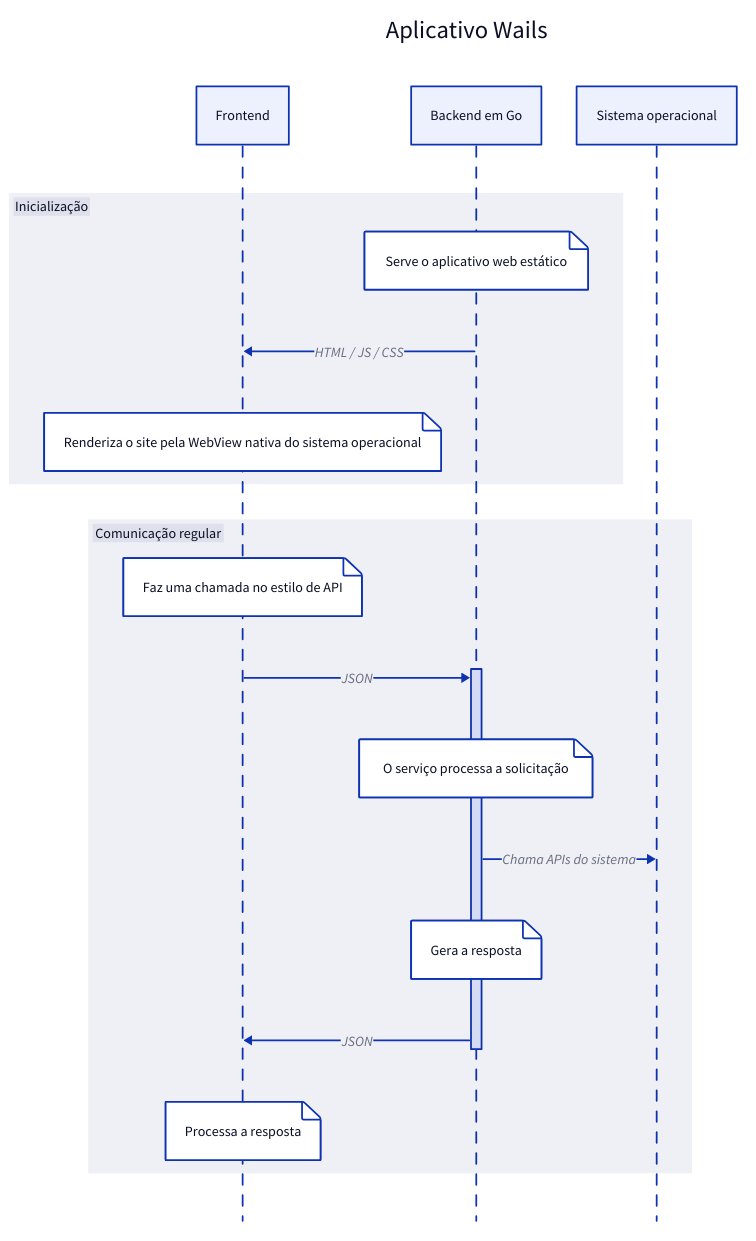
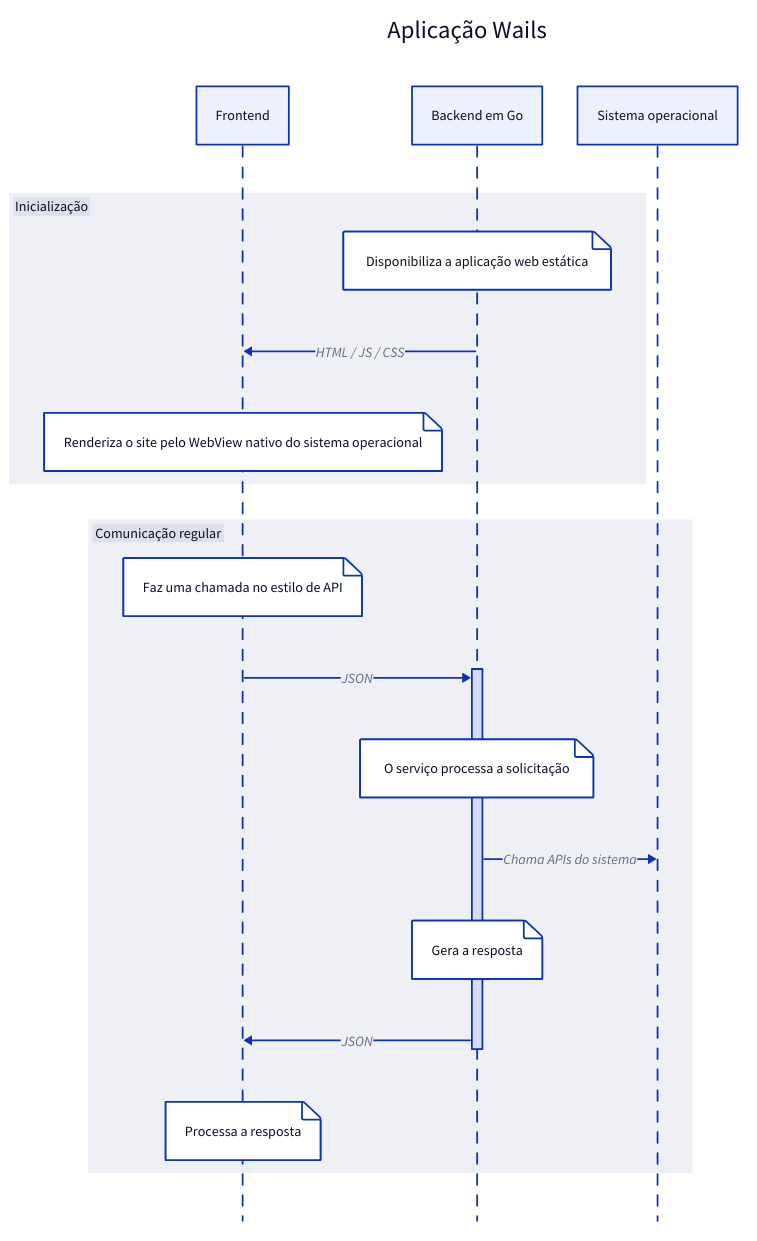
The first of 8 diagrams in docs/mpress/content/pt/concepts/architecture.md (wailsapp/wails), drawn with D2 before and after one commit. The commit also changed other lines of this file and 1096 other files, not shown here.

````diff
--- a/docs/mpress/content/pt/concepts/architecture.md
+++ b/docs/mpress/content/pt/concepts/architecture.md
@@ -10,30 +10,30 @@
 ```d2
 direction: left
 
 Wails App: {
   shape: sequence_diagram
-  label: Aplicativo Wails
+  label: Aplicação Wails
 
   frontend: Frontend
   backend: Backend em Go
   os: Sistema operacional
 
   Initialisation: Inicialização {
     shape: sequence_diagram
-    backend."Serves Static Web App": Serve o aplicativo web estático
+    backend."Serves Static Web App": Disponibiliza a aplicação web estática
     backend -> frontend: HTML / JS / CSS
-    frontend."Render Site via OS-native WebView": Renderiza o site pela WebView nativa do sistema operacional
+    frontend."Render Site via OS-native WebView": Renderiza o site pelo WebView nativo do sistema operacional
   }
   Regular Communication: Comunicação regular {
     shape: sequence_diagram
     frontend."Make API-style call": Faz uma chamada no estilo de API
     frontend -> backend.a: JSON
     backend.a."Service processes request": O serviço processa a solicitação
     backend.a -> os: Chama APIs do sistema
     backend.a."Generate Response": Gera a resposta
     backend.a -> frontend: JSON
     frontend."Process response": Processa a resposta
   }
   backend.a.label: a
 }
 ```
````
